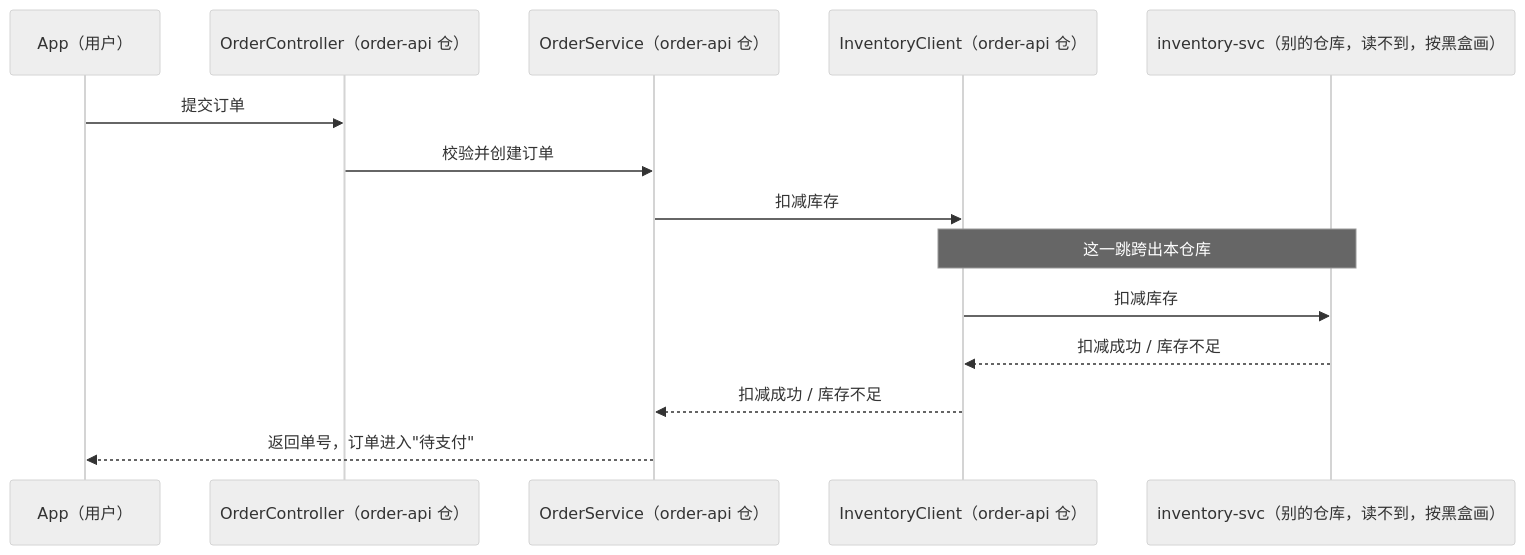
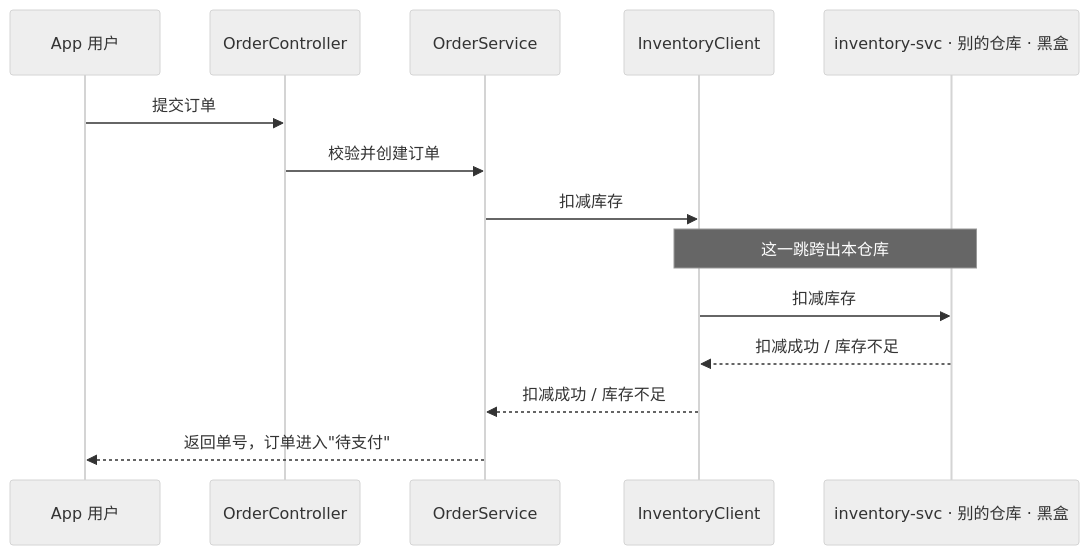
Before and after one commit to Muqian-Sun/agent-skills: the second of 3 diagrams in skills/explain-project/SKILL.md, drawn with Mermaid (neutral theme). The commit also changed other lines of this file, not shown here.

First line of the commit message:
feat(explain-project): 数据模型覆盖多存储，补多仓库代码地图，并消解范围/聚焦口径冲突

````diff
--- a/skills/explain-project/SKILL.md
+++ b/skills/explain-project/SKILL.md
@@ -338,16 +373,16 @@
 ```mermaid
 sequenceDiagram
-    participant App as App（用户）
-    participant OrderController as OrderController（order-api 仓）
-    participant OrderService as OrderService（order-api 仓）
-    participant InventoryClient as InventoryClient（order-api 仓）
-    participant InvSvc as inventory-svc（别的仓库，读不到，按黑盒画）
+    participant App as App 用户
+    participant OrderController
+    participant OrderService
+    participant InventoryClient
+    participant InvSvc as inventory-svc · 别的仓库 · 黑盒
     App->>OrderController: 提交订单
     OrderController->>OrderService: 校验并创建订单
     OrderService->>InventoryClient: 扣减库存
     Note over InventoryClient,InvSvc: 这一跳跨出本仓库
     InventoryClient->>InvSvc: 扣减库存
     InvSvc-->>InventoryClient: 扣减成功 / 库存不足
     InventoryClient-->>OrderService: 扣减成功 / 库存不足
     OrderService-->>App: 返回单号，订单进入"待支付"
 ```
````
